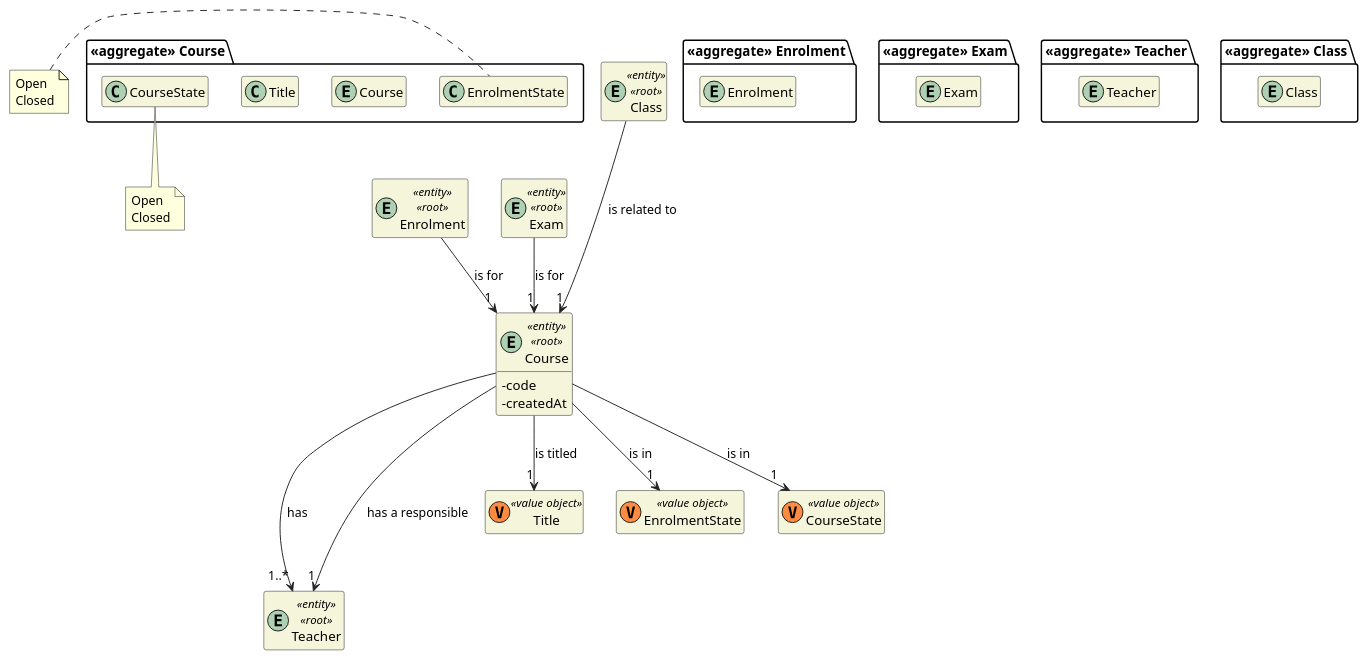
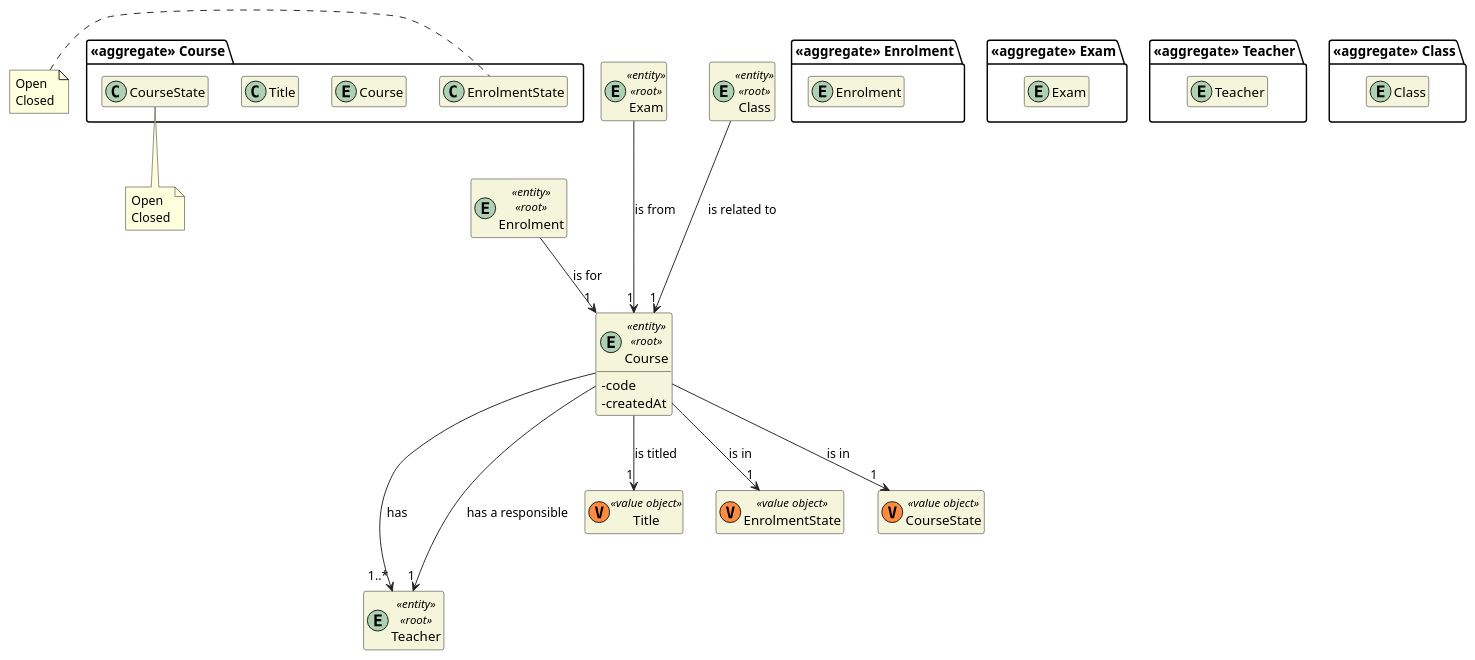
Before and after one commit to miseEnPlace-dev/lapr4: the diagram in docs/dm/DM_Course.puml, drawn with PlantUML. The commit also changed 2 other files, not shown here.

```diff
--- a/docs/dm/DM_Course.puml
+++ b/docs/dm/DM_Course.puml
@@ -1,70 +1,70 @@
 @startuml DM-COURSE
 'https://plantuml.com/class-diagram
 
 skinparam classAttributeIconSize 0
 hide empty attributes
 hide empty methods
 skinparam classBackgroundColor beige
 skinparam ArrowColor #222222
 
 package "<<aggregate>> Course" {
   entity Course
 
   class Title
   class EnrolmentState
   class CourseState
 }
 
 package "<<aggregate>> Enrolment" {
   entity Enrolment
 }
 
 entity Course <<entity>> <<root>> {
   - code
   - createdAt
 }
 
 entity Enrolment <<entity>> <<root>> {
 }
 
 package "<<aggregate>> Exam" {
   entity Exam
 }
 
 entity Exam <<entity>> <<root>> {
 }
 
 package "<<aggregate>> Teacher" {
   entity Teacher
 }
 
 entity Teacher <<entity>> <<root>> {
 }
 
 package "<<aggregate>> Class" {
   entity Class
 }
 
 entity Class <<entity>> <<root>> {
 }
 
 note left of EnrolmentState : Open\nClosed
 note bottom of CourseState : Open\nClosed
 
 class Title <<(V,#FF8B40) value object>> {}
 class EnrolmentState <<(V,#FF8B40) value object>> {}
 class CourseState <<(V,#FF8B40) value object>> {}
 
 Course --> "1" Title : is titled
 Course --> "1" EnrolmentState : is in
 Course ---> "1..*" Teacher : has
 Course --> "1" Teacher : has a responsible
 Course --> "1" CourseState : is in
 
 Enrolment --> "1" Course : is for
 
-Exam --> "1" Course : is for
+Exam ---> "1" Course : is from
 
 Class ---> "1" Course : is related to
 
 @enduml
```
